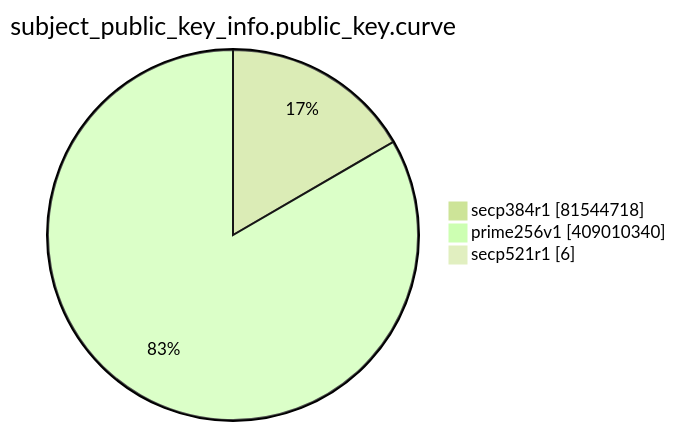
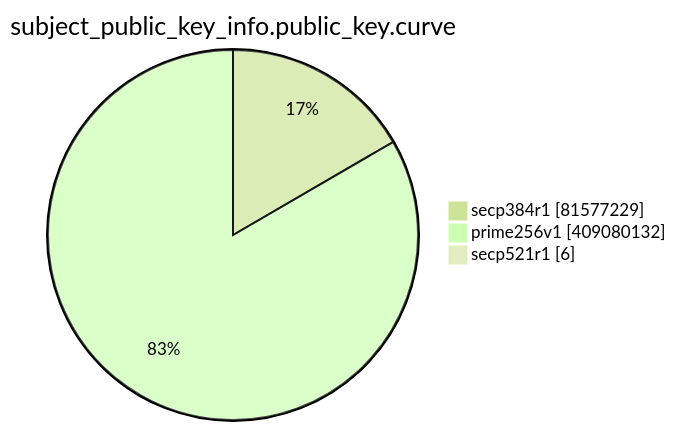
One commit to christiankrug/ctmonitor_visualization changed the eighth of 15 diagrams in TOTAL/README.md. Above: the diagram before and after it, drawn with Mermaid (forest theme). The commit also changed other lines of this file, not shown here.

````diff
--- a/TOTAL/README.md
+++ b/TOTAL/README.md
@@ -3096,7 +3096,7 @@
 ```mermaid
 pie showData
 title subject_public_key_info.public_key.curve
-"secp384r1" :81544718
-"prime256v1" :409010340
+"secp384r1" :81577229
+"prime256v1" :409080132
 "secp521r1" :6
 ```
````
